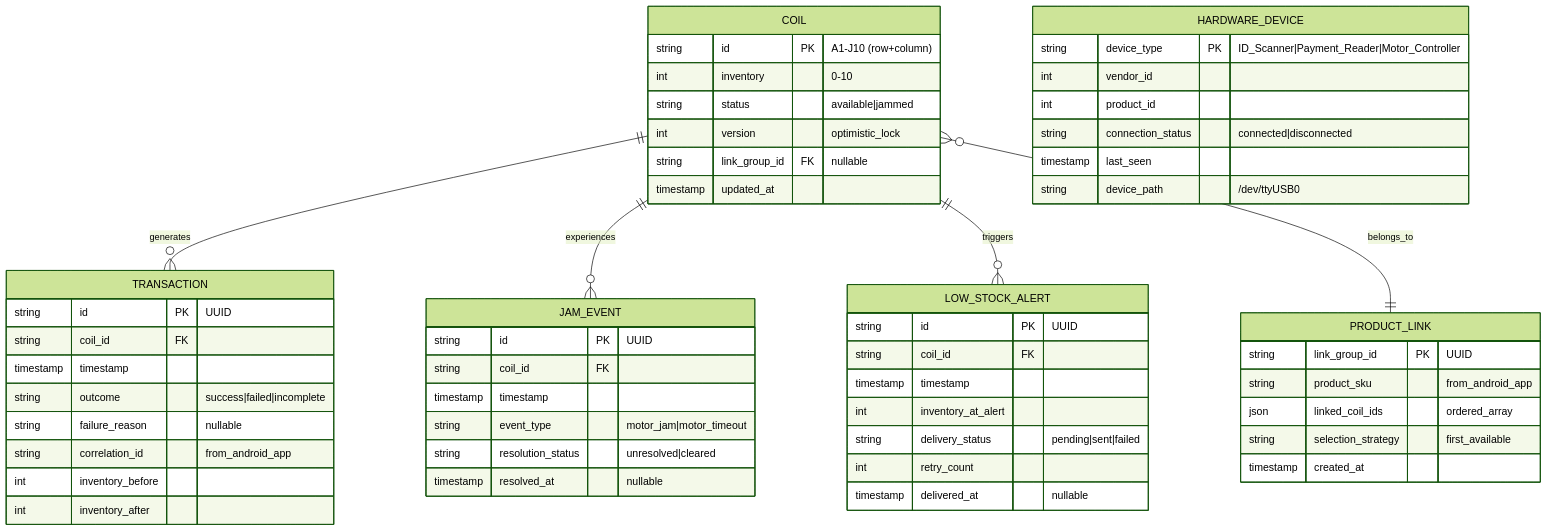
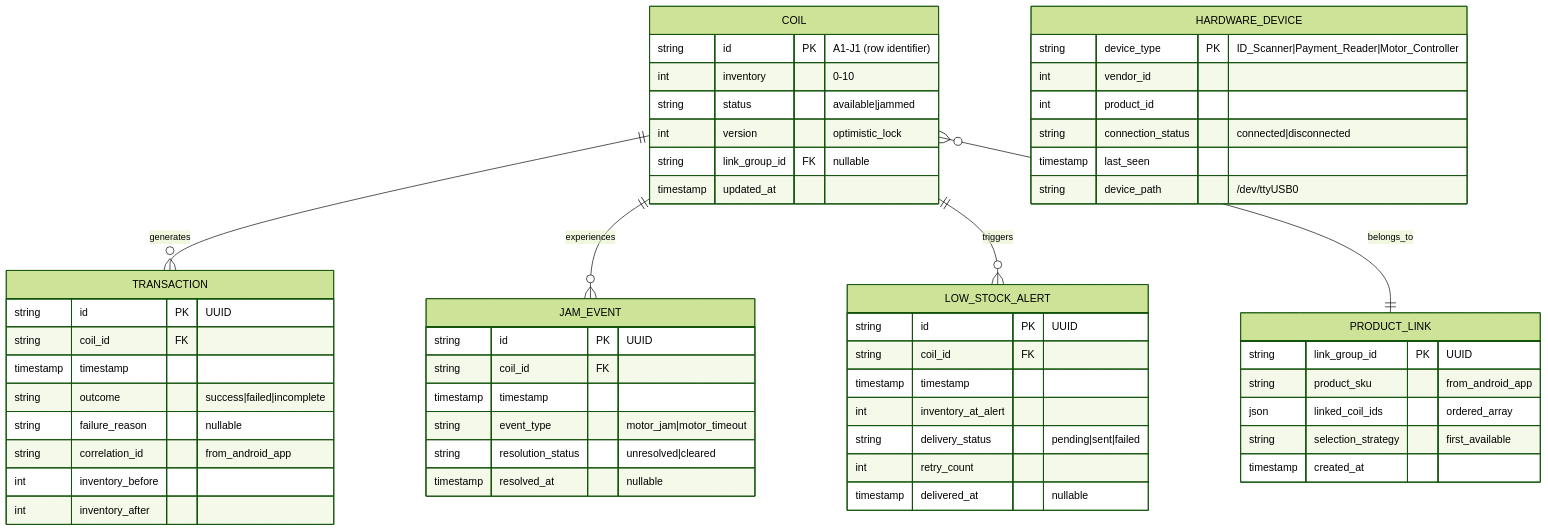
One commit to klhiggin96/zootbox changed the diagram in specs/001-coil-counter-backend/data-model.md. Above: the diagram before and after it, drawn with Mermaid (forest theme). The commit also changed other lines of this file and 8 other files, not shown here.

````diff
--- a/specs/001-coil-counter-backend/data-model.md
+++ b/specs/001-coil-counter-backend/data-model.md
@@ -11,63 +11,63 @@
 ```mermaid
 erDiagram
     COIL ||--o{ TRANSACTION : generates
     COIL ||--o{ JAM_EVENT : experiences
     COIL ||--o{ LOW_STOCK_ALERT : triggers
     COIL }o--|| PRODUCT_LINK : belongs_to
 
     COIL {
-        string id PK "A1-J10 (row+column)"
+        string id PK "A1-J1 (row identifier)"
         int inventory "0-10"
         string status "available|jammed"
         int version "optimistic_lock"
         string link_group_id FK "nullable"
         timestamp updated_at
     }
 
     TRANSACTION {
         string id PK "UUID"
         string coil_id FK
         timestamp timestamp
         string outcome "success|failed|incomplete"
         string failure_reason "nullable"
         string correlation_id "from_android_app"
         int inventory_before
         int inventory_after
     }
 
     JAM_EVENT {
         string id PK "UUID"
         string coil_id FK
         timestamp timestamp
         string event_type "motor_jam|motor_timeout"
         string resolution_status "unresolved|cleared"
         timestamp resolved_at "nullable"
     }
 
     LOW_STOCK_ALERT {
         string id PK "UUID"
         string coil_id FK
         timestamp timestamp
         int inventory_at_alert
         string delivery_status "pending|sent|failed"
         int retry_count
         timestamp delivered_at "nullable"
     }
 
     PRODUCT_LINK {
         string link_group_id PK "UUID"
         string product_sku "from_android_app"
         json linked_coil_ids "ordered_array"
         string selection_strategy "first_available"
         timestamp created_at
     }
 
     HARDWARE_DEVICE {
         string device_type PK "ID_Scanner|Payment_Reader|Motor_Controller"
         int vendor_id
         int product_id
         string connection_status "connected|disconnected"
         timestamp last_seen
         string device_path "/dev/ttyUSB0"
     }
 ```
````
